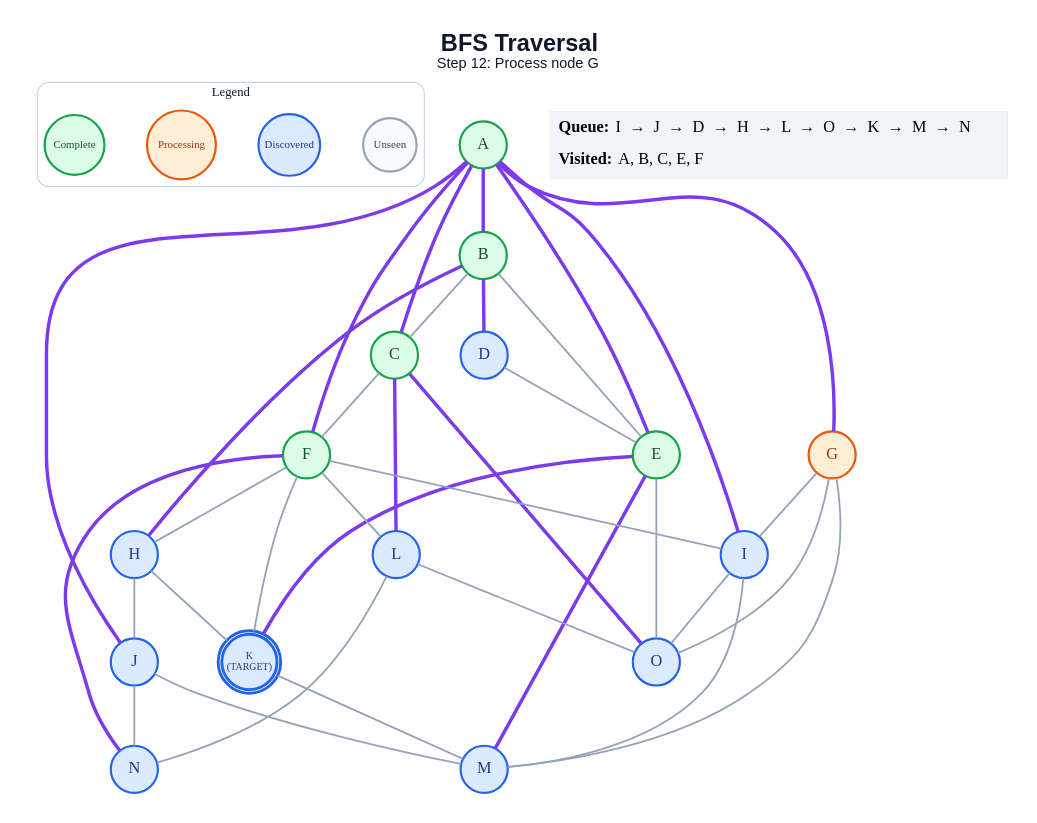
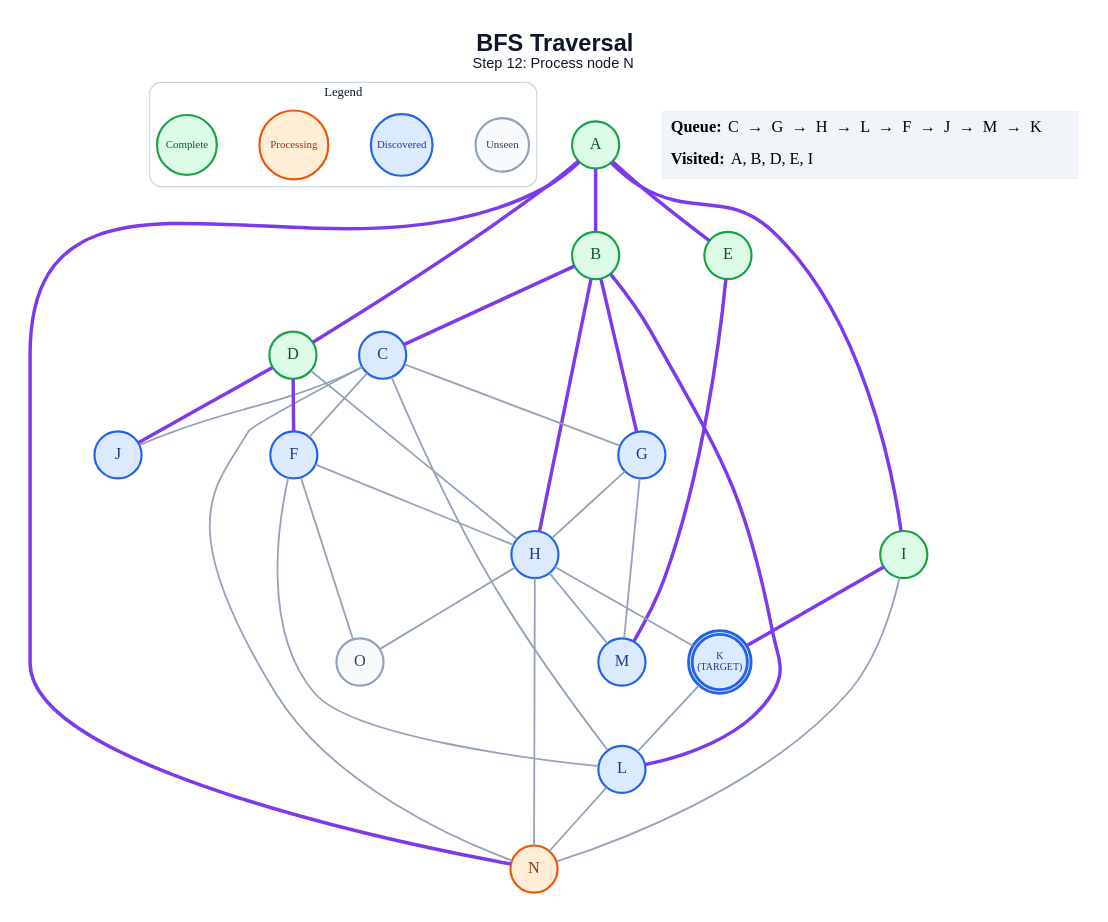
One commit to anon7238593-create/ai-slop changed the diagram in generated/bfs/step_12.dot. Above: the diagram before and after it, drawn with Graphviz. The commit also changed 286 other files, not shown here.

```diff
--- a/generated/bfs/step_12.dot
+++ b/generated/bfs/step_12.dot
@@ -1,69 +1,65 @@
 graph traversal {
   graph [layout=dot, rankdir=TB, bgcolor="#FFFFFF", pad="0.35", nodesep="0.65", ranksep="0.8", fontname="Arial"];
   node [shape=circle, style="filled", fontname="Arial Bold", fontsize=18, width=0.72, fixedsize=true, penwidth=2.4];
   edge [color="#94A3B8", penwidth=2.0];
-  label=<<B>BFS Traversal</B><BR/><FONT POINT-SIZE="16">Step 12: Process node G</FONT>>; labelloc="t"; fontsize=26; fontname="Arial"; fontcolor="#0F172A";
+  label=<<B>BFS Traversal</B><BR/><FONT POINT-SIZE="16">Step 12: Process node N</FONT>>; labelloc="t"; fontsize=26; fontname="Arial"; fontcolor="#0F172A";
   subgraph cluster_legend { label="Legend"; color="#CBD5E1"; penwidth=1.2; style="rounded"; fontsize=14; fontname="Arial Bold";
     key_unseen [label="Unseen", fillcolor="#F8FAFC", color="#94A3B8", fontcolor="#334155", fontsize=12, width=0.82];
     key_frontier [label="Discovered", fillcolor="#DBEAFE", color="#2563EB", fontcolor="#1E3A8A", fontsize=12, width=0.95];
     key_current [label="Processing", fillcolor="#FFEDD5", color="#EA580C", fontcolor="#9A3412", fontsize=12, width=1.05];
     key_done [label="Complete", fillcolor="#DCFCE7", color="#16A34A", fontcolor="#14532D", fontsize=12, width=0.92];
     { rank=same; key_unseen; key_frontier; key_current; key_done; }
   }
   A [label="A", fillcolor="#DCFCE7", color="#16A34A", fontcolor="#14532D", peripheries=1, penwidth=2.4];
   B [label="B", fillcolor="#DCFCE7", color="#16A34A", fontcolor="#14532D", peripheries=1, penwidth=2.4];
-  C [label="C", fillcolor="#DCFCE7", color="#16A34A", fontcolor="#14532D", peripheries=1, penwidth=2.4];
-  D [label="D", fillcolor="#DBEAFE", color="#2563EB", fontcolor="#1E3A8A", peripheries=1, penwidth=2.4];
+  C [label="C", fillcolor="#DBEAFE", color="#2563EB", fontcolor="#1E3A8A", peripheries=1, penwidth=2.4];
+  D [label="D", fillcolor="#DCFCE7", color="#16A34A", fontcolor="#14532D", peripheries=1, penwidth=2.4];
   E [label="E", fillcolor="#DCFCE7", color="#16A34A", fontcolor="#14532D", peripheries=1, penwidth=2.4];
-  F [label="F", fillcolor="#DCFCE7", color="#16A34A", fontcolor="#14532D", peripheries=1, penwidth=2.4];
-  G [label="G", fillcolor="#FFEDD5", color="#EA580C", fontcolor="#9A3412", peripheries=1, penwidth=2.4];
+  F [label="F", fillcolor="#DBEAFE", color="#2563EB", fontcolor="#1E3A8A", peripheries=1, penwidth=2.4];
+  G [label="G", fillcolor="#DBEAFE", color="#2563EB", fontcolor="#1E3A8A", peripheries=1, penwidth=2.4];
   H [label="H", fillcolor="#DBEAFE", color="#2563EB", fontcolor="#1E3A8A", peripheries=1, penwidth=2.4];
-  I [label="I", fillcolor="#DBEAFE", color="#2563EB", fontcolor="#1E3A8A", peripheries=1, penwidth=2.4];
+  I [label="I", fillcolor="#DCFCE7", color="#16A34A", fontcolor="#14532D", peripheries=1, penwidth=2.4];
   J [label="J", fillcolor="#DBEAFE", color="#2563EB", fontcolor="#1E3A8A", peripheries=1, penwidth=2.4];
   K [label="K\n(TARGET)", fillcolor="#DBEAFE", color="#2563EB", fontcolor="#1E3A8A", peripheries=2, penwidth=3.2, fontsize=11, width=0.85, height=0.85];
   L [label="L", fillcolor="#DBEAFE", color="#2563EB", fontcolor="#1E3A8A", peripheries=1, penwidth=2.4];
   M [label="M", fillcolor="#DBEAFE", color="#2563EB", fontcolor="#1E3A8A", peripheries=1, penwidth=2.4];
-  N [label="N", fillcolor="#DBEAFE", color="#2563EB", fontcolor="#1E3A8A", peripheries=1, penwidth=2.4];
-  O [label="O", fillcolor="#DBEAFE", color="#2563EB", fontcolor="#1E3A8A", peripheries=1, penwidth=2.4];
+  N [label="N", fillcolor="#FFEDD5", color="#EA580C", fontcolor="#9A3412", peripheries=1, penwidth=2.4];
+  O [label="O", fillcolor="#F8FAFC", color="#94A3B8", fontcolor="#334155", peripheries=1, penwidth=2.4];
   A -- B [color="#7C3AED", penwidth=3.8];
-  A -- C [color="#7C3AED", penwidth=3.8];
+  A -- D [color="#7C3AED", penwidth=3.8];
   A -- E [color="#7C3AED", penwidth=3.8];
-  A -- F [color="#7C3AED", penwidth=3.8];
-  A -- G [color="#7C3AED", penwidth=3.8];
   A -- I [color="#7C3AED", penwidth=3.8];
-  A -- J [color="#7C3AED", penwidth=3.8];
-  B -- C;
-  B -- D [color="#7C3AED", penwidth=3.8];
-  B -- E;
+  A -- N [color="#7C3AED", penwidth=3.8];
+  B -- C [color="#7C3AED", penwidth=3.8];
+  B -- G [color="#7C3AED", penwidth=3.8];
   B -- H [color="#7C3AED", penwidth=3.8];
+  B -- L [color="#7C3AED", penwidth=3.8];
   C -- F;
-  C -- L [color="#7C3AED", penwidth=3.8];
-  C -- O [color="#7C3AED", penwidth=3.8];
-  D -- E;
-  E -- K [color="#7C3AED", penwidth=3.8];
+  C -- G;
+  C -- J;
+  C -- L;
+  C -- N;
+  D -- F [color="#7C3AED", penwidth=3.8];
+  D -- H;
+  D -- J [color="#7C3AED", penwidth=3.8];
   E -- M [color="#7C3AED", penwidth=3.8];
-  E -- O;
   F -- H;
-  F -- I;
-  F -- K;
   F -- L;
-  F -- N [color="#7C3AED", penwidth=3.8];
-  G -- I;
+  F -- O;
+  G -- H;
   G -- M;
-  G -- O;
-  H -- J;
   H -- K;
-  I -- M;
-  I -- O;
-  J -- M;
-  J -- N;
-  K -- M;
+  H -- M;
+  H -- N;
+  H -- O;
+  I -- K [color="#7C3AED", penwidth=3.8];
+  I -- N;
+  K -- L;
   L -- N;
-  L -- O;
   status [shape=plain, fixedsize=false, width=0, height=0, margin=0, label=<
     <TABLE BORDER="0" CELLBORDER="0" CELLPADDING="7" BGCOLOR="#F1F5F9">
-      <TR><TD ALIGN="LEFT"><B>Queue:</B> I  →  J  →  D  →  H  →  L  →  O  →  K  →  M  →  N</TD></TR>
-      <TR><TD ALIGN="LEFT"><B>Visited:</B> A, B, C, E, F</TD></TR>
+      <TR><TD ALIGN="LEFT"><B>Queue:</B> C  →  G  →  H  →  L  →  F  →  J  →  M  →  K</TD></TR>
+      <TR><TD ALIGN="LEFT"><B>Visited:</B> A, B, D, E, I</TD></TR>
     </TABLE>
   >];
 }
```
